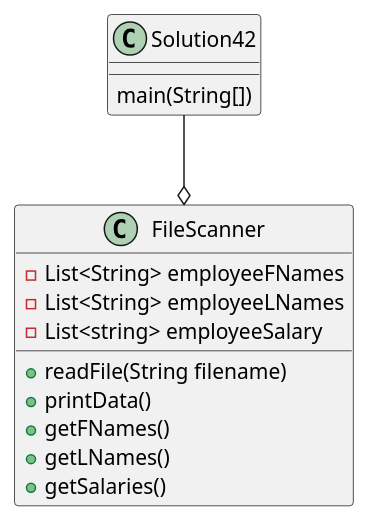
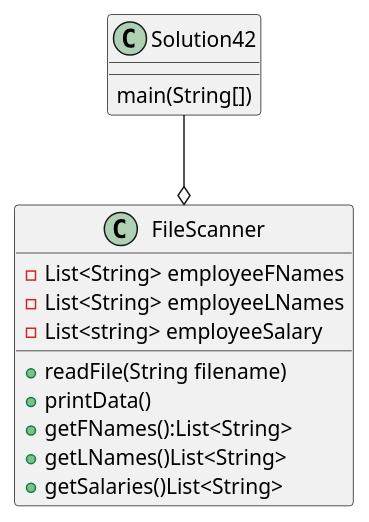
One commit to jad714/davis-a04 changed the diagram in exercise42/docs/Solution42Structure.puml. Above: the diagram before and after it, drawn with PlantUML. The commit also changed 2 other files, not shown here.

Commit message:
Fixed psuedocode issues and UML issues.

```diff
--- a/exercise42/docs/Solution42Structure.puml
+++ b/exercise42/docs/Solution42Structure.puml
@@ -6,23 +6,23 @@
 @startuml
 'https://plantuml.com/sequence-diagram
 
 Class Solution42{
     main(String[])
     ' FileScanner fs = new FileScanner()
     ' fs.readFile
     ' fs.printData
 }
 
 Class FileScanner{
     -List<String> employeeFNames
     -List<String> employeeLNames
     -List<string> employeeSalary
 
     +readFile(String filename)
     +printData()
-    +getFNames()
-    +getLNames()
-    +getSalaries()
+    +getFNames():List<String>
+    +getLNames()List<String>
+    +getSalaries()List<String>
 }
 Solution42 --o FileScanner
 @enduml
```
